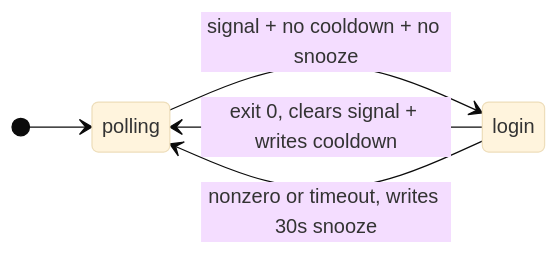
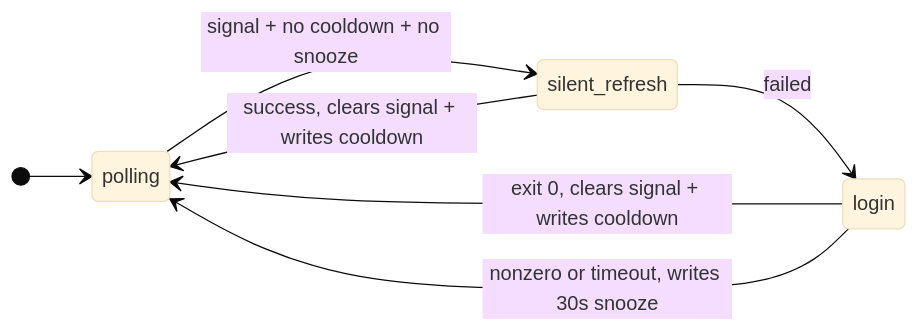
The third of 8 diagrams in docs/state-machine.md (rp-arielrodriguez/bazel-aws-maven-proxy), drawn with Mermaid (base theme) before and after one commit. The commit also changed other lines of this file and 10 other files, not shown here.

First line of the commit message:
silent token refresh, browser tab reuse, 43 new tests (131 total)

````diff
--- a/docs/state-machine.md
+++ b/docs/state-machine.md
@@ -54,8 +63,10 @@
 ```mermaid
 stateDiagram-v2
     direction LR
     [*] --> polling
-    polling --> login : signal + no cooldown + no snooze
+    polling --> silent_refresh : signal + no cooldown + no snooze
+    silent_refresh --> polling : success, clears signal + writes cooldown
+    silent_refresh --> login : failed
     login --> polling : exit 0, clears signal + writes cooldown
     login --> polling : nonzero or timeout, writes 30s snooze
 ```
````
